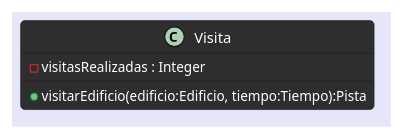
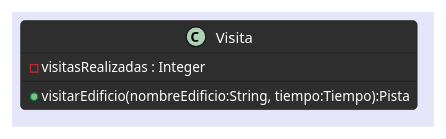
The diagram in docs/Diagramas/Modelo2/Clase/clase_visita.plantuml (avilagaston9/algo3_tp2), drawn with PlantUML before and after one commit. The commit also changed 3 other files, not shown here.

```diff
--- a/docs/Diagramas/Modelo2/Clase/clase_visita.plantuml
+++ b/docs/Diagramas/Modelo2/Clase/clase_visita.plantuml
@@ -1,19 +1,19 @@
 @startuml
 
 !theme reddress-darkblue
 skinparam BackgroundColor lavender
 skinparam ArrowColor black
 skinparam ArrowThickness 1.0
 skinparam RoundCorner 7
 skinparam ClassAttributeFontColor FFFFFF
 skinparam ClassFontSize 12
 skinparam ArrowFontColor black
 
 class Visita{
 
     - visitasRealizadas : Integer
-    + visitarEdificio(edificio:Edificio, tiempo:Tiempo):Pista
+    + visitarEdificio(nombreEdificio:String, tiempo:Tiempo):Pista
 
 }
 
 @enduml
```
